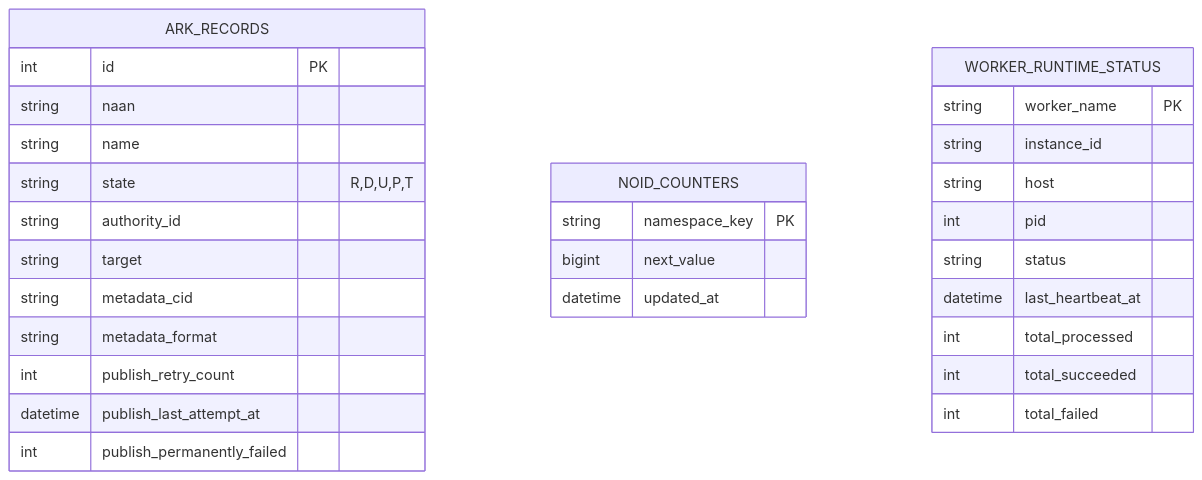
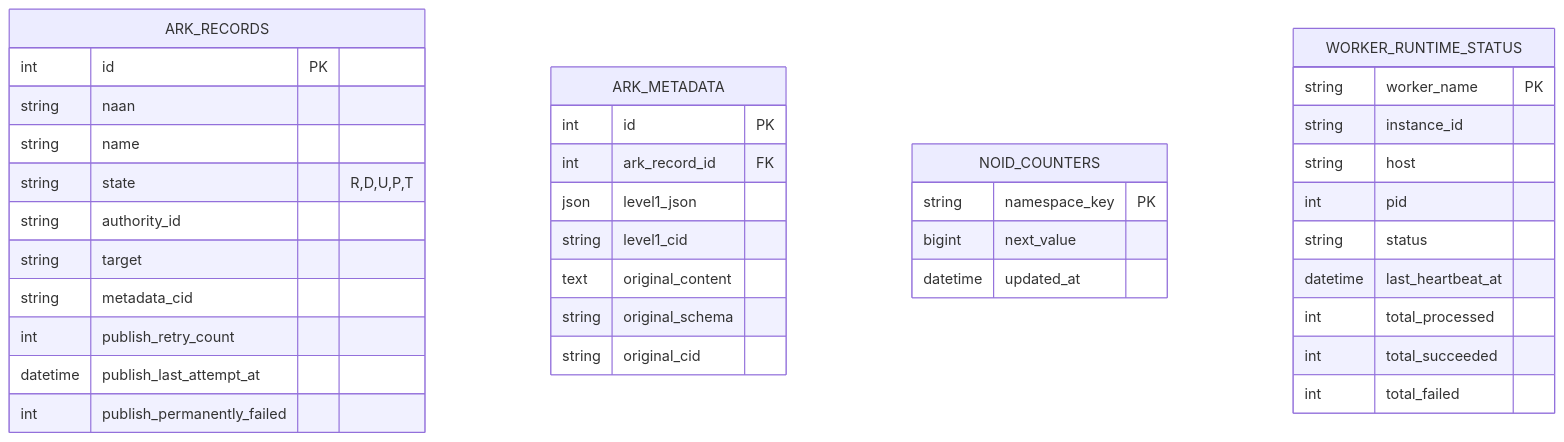
One commit to LA-Referencia-IOI/dark-core-minter-api changed the ninth of 9 diagrams in minter-architecture.md. Above: the diagram before and after it, drawn with Mermaid. The commit also changed other lines of this file and 30 other files, not shown here.

````diff
--- a/minter-architecture.md
+++ b/minter-architecture.md
@@ -173,34 +173,43 @@
 ```mermaid
 erDiagram
     ARK_RECORDS {
         int id PK
         string naan
         string name
         string state "R,D,U,P,T"
         string authority_id
         string target
         string metadata_cid
-        string metadata_format
         int publish_retry_count
         datetime publish_last_attempt_at
         int publish_permanently_failed
+    }
+
+    ARK_METADATA {
+        int id PK
+        int ark_record_id FK
+        json level1_json
+        string level1_cid
+        text original_content
+        string original_schema
+        string original_cid
     }
 
     NOID_COUNTERS {
         string namespace_key PK
         bigint next_value
         datetime updated_at
     }
 
     WORKER_RUNTIME_STATUS {
         string worker_name PK
         string instance_id
         string host
         int pid
         string status
         datetime last_heartbeat_at
         int total_processed
         int total_succeeded
         int total_failed
     }
 ```
````
